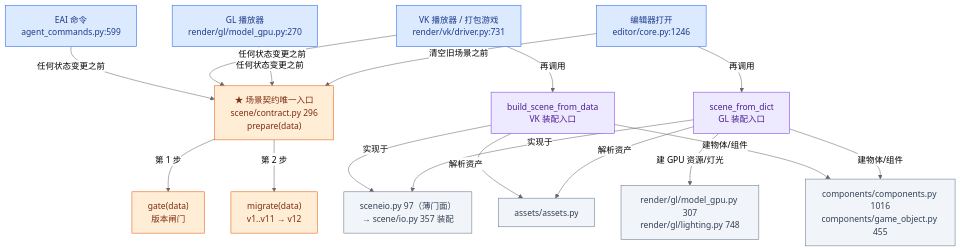
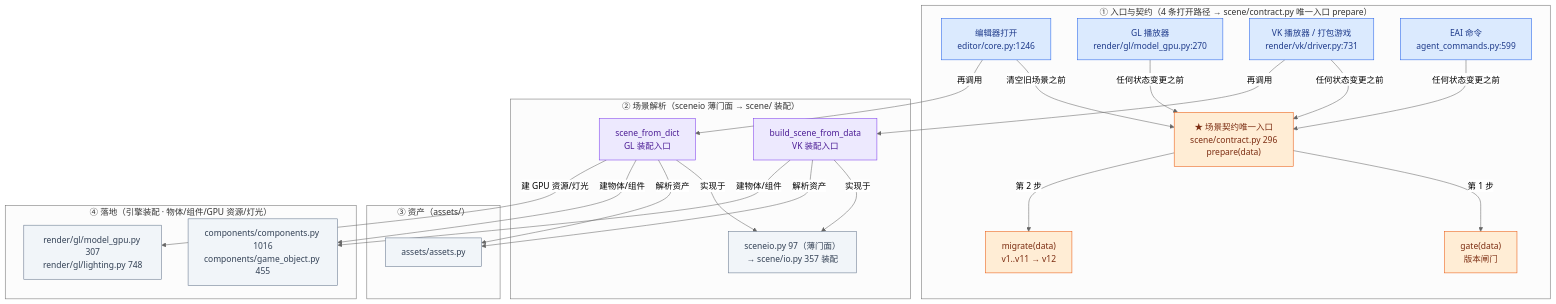
The sixth of 23 diagrams in ARCHITECTURE.md (lhy302/WeaveEngine), drawn with Mermaid (neutral theme) before and after one commit. The commit also changed other lines of this file, not shown here.

Commit message:
docs: 图 2~7 全部改为功能模块分框结构（图 1 样板推广：subgraph=归属目录+职责，框内=真实文件，跨框连线=模块关系）

````diff
--- a/ARCHITECTURE.md
+++ b/ARCHITECTURE.md
@@ -384,35 +420,43 @@
 ```mermaid
 flowchart TB
-  E1["编辑器打开<br/>editor/core.py:1246"]:::entry
-  E2["GL 播放器<br/>render/gl/model_gpu.py:270"]:::entry
-  E3["VK 播放器 / 打包游戏<br/>render/vk/driver.py:731"]:::entry
-  E4["EAI 命令<br/>agent_commands.py:599"]:::entry
-  C["★ 场景契约唯一入口<br/>scene/contract.py 296<br/>prepare(data)"]:::contract
-  G1["gate(data)<br/>版本闸门"]:::contract
-  G2["migrate(data)<br/>v1..v11 → v12"]:::contract
-  A1["scene_from_dict<br/>GL 装配入口"]:::facade
-  A2["build_scene_from_data<br/>VK 装配入口"]:::facade
-  F1["sceneio.py 97（薄门面）<br/>→ scene/io.py 357 装配"]:::file
-  F2["assets/assets.py"]:::file
-  F3["components/components.py 1016<br/>components/game_object.py 455"]:::file
-  F4["render/gl/model_gpu.py 307<br/>render/gl/lighting.py 748"]:::file
+  subgraph ENTRY["① 入口与契约（4 条打开路径 → scene/contract.py 唯一入口 prepare）"]
+    E1["编辑器打开<br/>editor/core.py:1246"]:::entry
+    E2["GL 播放器<br/>render/gl/model_gpu.py:270"]:::entry
+    E3["VK 播放器 / 打包游戏<br/>render/vk/driver.py:731"]:::entry
+    E4["EAI 命令<br/>agent_commands.py:599"]:::entry
+    C["★ 场景契约唯一入口<br/>scene/contract.py 296<br/>prepare(data)"]:::contract
+    G1["gate(data)<br/>版本闸门"]:::contract
+    G2["migrate(data)<br/>v1..v11 → v12"]:::contract
+  end
+  subgraph PARSE["② 场景解析（sceneio 薄门面 → scene/ 装配）"]
+    A1["scene_from_dict<br/>GL 装配入口"]:::facade
+    A2["build_scene_from_data<br/>VK 装配入口"]:::facade
+    F1["sceneio.py 97（薄门面）<br/>→ scene/io.py 357 装配"]:::file
+  end
+  subgraph ASSET["③ 资产（assets/）"]
+    F2["assets/assets.py"]:::file
+  end
+  subgraph LAND["④ 落地（引擎装配 · 物体/组件/GPU 资源/灯光）"]
+    F3["components/components.py 1016<br/>components/game_object.py 455"]:::file
+    F4["render/gl/model_gpu.py 307<br/>render/gl/lighting.py 748"]:::file
+  end
   E1 -->|清空旧场景之前| C
   E2 -->|任何状态变更之前| C
   E3 -->|任何状态变更之前| C
   E4 -->|任何状态变更之前| C
   C -->|第 1 步| G1
   C -->|第 2 步| G2
   E1 -->|再调用| A1
   E3 -->|再调用| A2
   A1 -->|实现于| F1
   A2 -->|实现于| F1
   A1 -->|解析资产| F2
   A2 -->|解析资产| F2
   A1 -->|建物体/组件| F3
   A1 -->|建 GPU 资源/灯光| F4
   A2 -->|建物体/组件| F3
   classDef entry fill:#dbeafe,stroke:#2563eb,color:#1e3a8a
   classDef facade fill:#ede9fe,stroke:#7c3aed,color:#4c1d95
   classDef contract fill:#ffedd5,stroke:#ea580c,color:#7c2d12
   classDef file fill:#f1f5f9,stroke:#64748b,color:#334155
 ```
````
